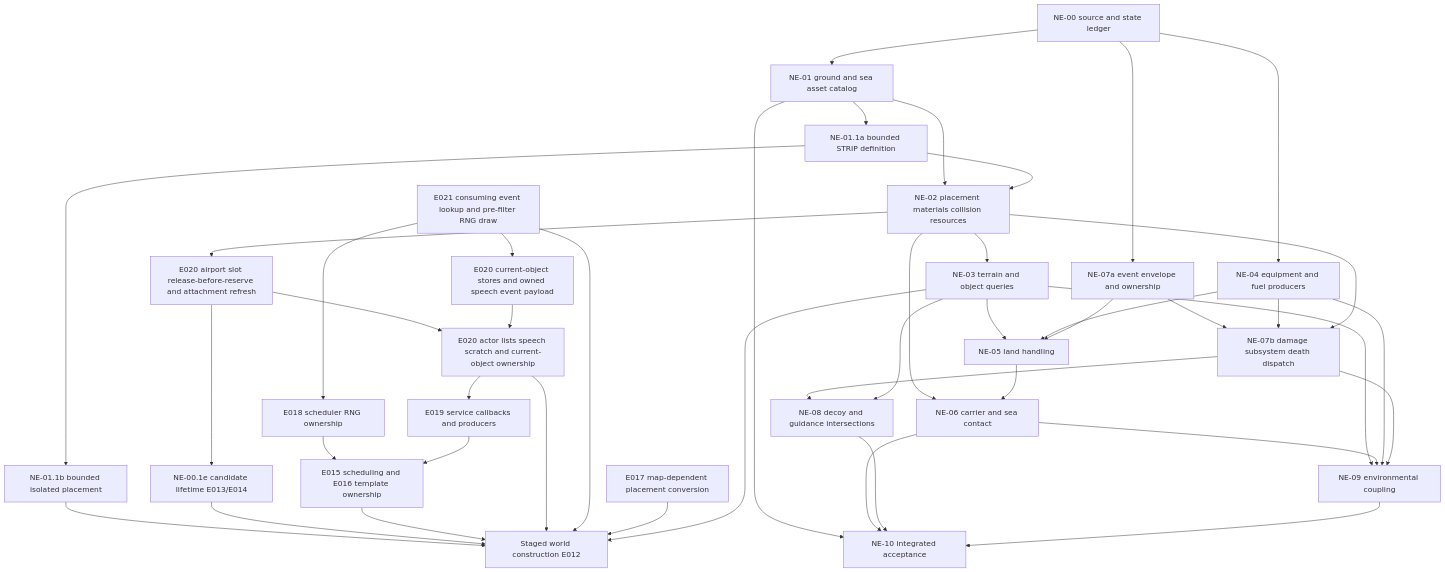
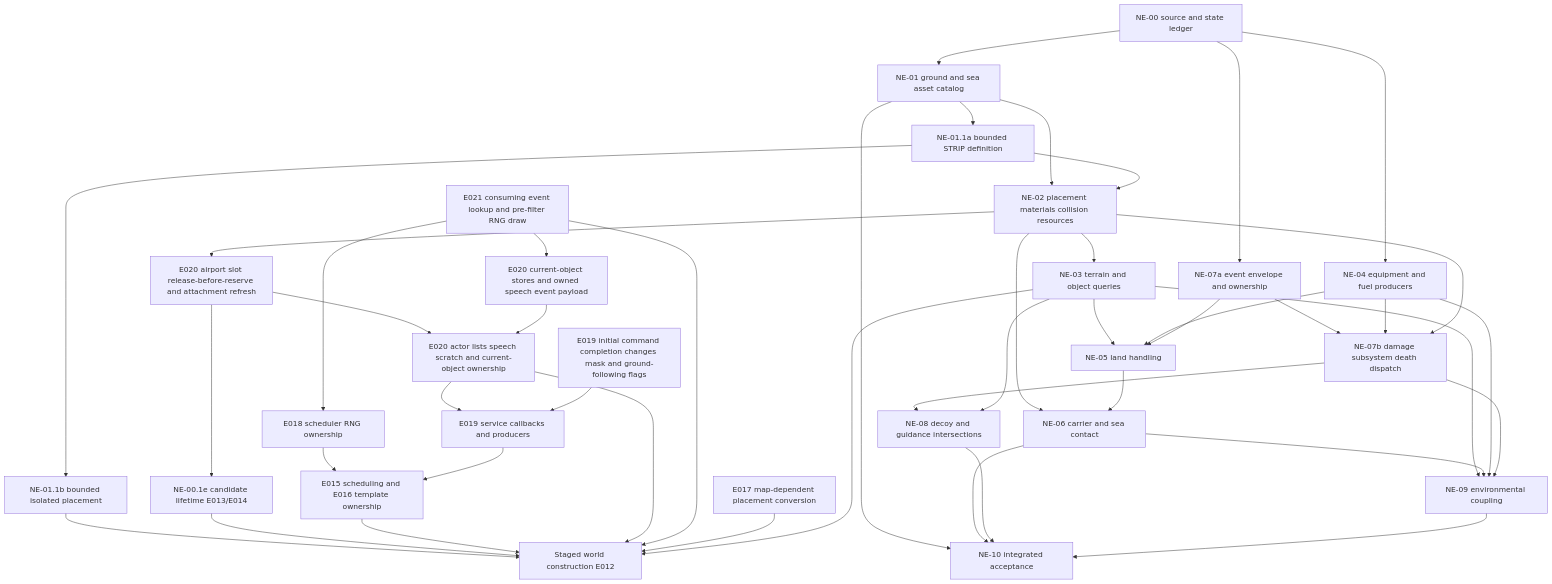
The diagram in docs/native-environment-systems-plan.md (john-overton/T.O.R.E-Fighters), drawn with Mermaid before and after one commit. The commit also changed other lines of this file and 7 other files, not shown here.

````diff
--- a/docs/native-environment-systems-plan.md
+++ b/docs/native-environment-systems-plan.md
@@ -174,45 +175,46 @@
 ```mermaid
 flowchart TD
   A[NE-00 source and state ledger] --> B[NE-01 ground and sea asset catalog]
   B --> C[NE-02 placement materials collision resources]
   B --> O[NE-01.1a bounded STRIP definition]
   O --> Q[NE-01.1b bounded isolated placement]
   Q --> W
   O --> C
   C --> S[NE-00.1d STRIP metadata]
   S --> R[NE-00.1e candidate lifetime E013/E014]
   R --> W[Staged world construction E012]
   T[E015 scheduling and E016 template ownership] --> W
   U[E018 scheduler RNG ownership] --> T
   P[E019 service callbacks and producers] --> T
   Y[E020 actor lists speech scratch and current-object ownership] --> P
   Y --> W
   S[E020 airport slot release-before-reserve and attachment refresh] --> Y
   Z[E020 current-object stores and owned speech event payload] --> Y
   EE[E021 consuming event lookup and pre-filter RNG draw] --> Z
   EE --> U
   EE --> W
+  CC[E019 initial command completion changes mask and ground-following flags] --> P
   V[E017 map-dependent placement conversion] --> W
   F --> W
   A --> D[NE-04 equipment and fuel producers]
   A --> E[NE-07a event envelope and ownership]
   C --> F[NE-03 terrain and object queries]
   F --> G[NE-05 land handling]
   D --> G
   E --> G
   C --> H[NE-06 carrier and sea contact]
   G --> H
   E --> I[NE-07b damage subsystem death dispatch]
   D --> I
   C --> I
   I --> J[NE-08 decoy and guidance intersections]
   F --> J
   F --> K[NE-09 environmental coupling]
   H --> K
   D --> K
   I --> K
   B --> L[NE-10 integrated acceptance]
   H --> L
   J --> L
   K --> L
 ```
````
